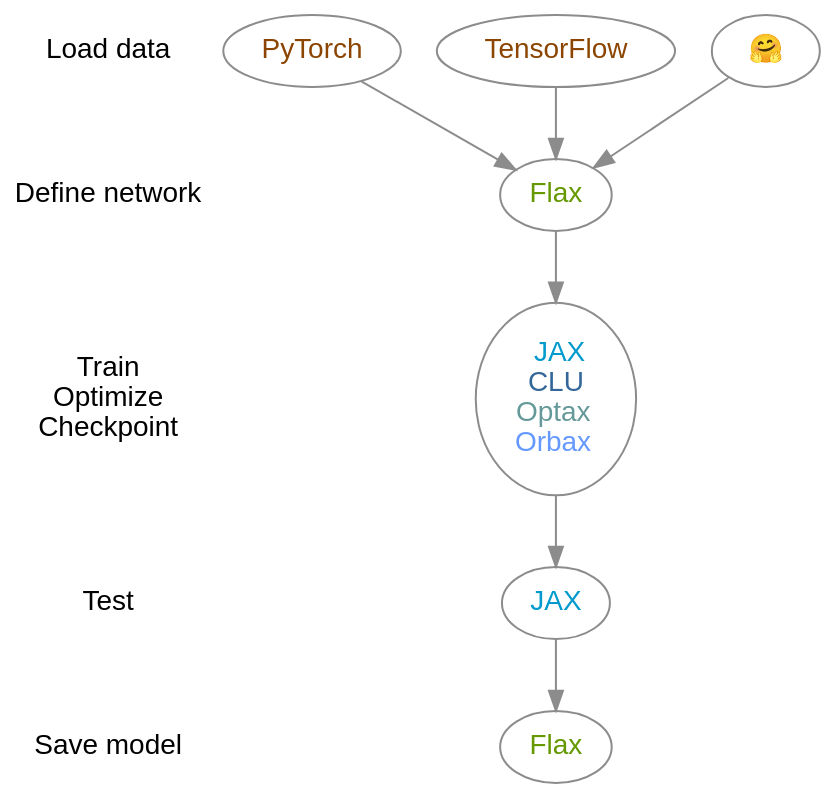
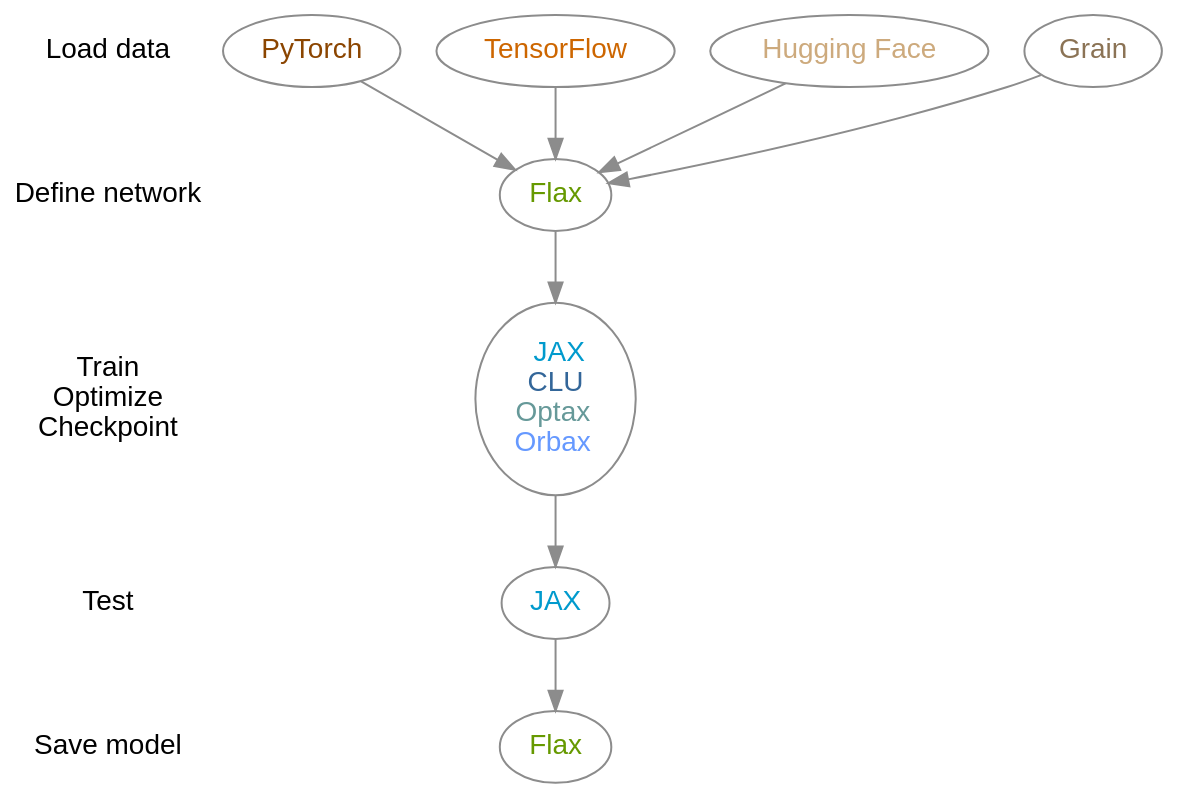
Before and after one commit to WestDRI/arc-training: the second of 2 diagrams in ai/jx/fl_jaxdl.qmd, drawn with Graphviz. The commit also changed other lines of this file and 1 other file, not shown here.

Commit message:
minor updates

````diff
--- a/ai/jx/fl_jaxdl.qmd
+++ b/ai/jx/fl_jaxdl.qmd
@@ -66,38 +66,39 @@
 ```{dot}
 //| echo: false
-//| fig-width: 600px
+//| fig-width: 700px
 
 digraph {
-  
+
 bgcolor="transparent"
 node [fontname="Inconsolata, sans-serif", color=gray55]
 edge [color=gray55]
 
 load [label="Load data", shape=plaintext, group=g1]
 nn [label="Define network", shape=plaintext, group=g1]
 train [label="Train\nOptimize\nCheckpoint", shape=plaintext, group=g1]
 test [label="Test", shape=plaintext, group=g1]
 save [label="Save model", shape=plaintext, group=g1]
 
 PyTorch [fontcolor=darkorange4]
-TensorFlow [group=g2, fontcolor=darkorange4]
-🤗 [fontcolor=burlywood3]
+TensorFlow [group=g2, fontcolor=darkorange3]
+"Hugging Face" [fontcolor=burlywood3]
+Grain [fontcolor=burlywood4]
 flax1 [label=Flax, group=g2, fontcolor="#669900"]
 flax2 [label=Flax, fontcolor="#669900"]
 
-{rank=same; load PyTorch TensorFlow 🤗}
-load -> PyTorch -> TensorFlow -> 🤗 [style=invis]
+{rank=same; load PyTorch TensorFlow "Hugging Face" Grain}
+load -> PyTorch -> TensorFlow -> "Hugging Face" -> Grain [style=invis]
 
 {rank=same; nn flax1}
 nn -> flax1 [style=invis]
 
 jax1 [label=<<FONT COLOR="deepskyblue3">JAX</FONT><BR/><FONT COLOR="#336699">CLU</FONT><BR/><FONT COLOR="#669999">Optax</FONT><BR/><FONT COLOR="#6699ff">Orbax</FONT>>]
 
 jax2 [label="JAX", fontcolor=deepskyblue3]
 
-{PyTorch TensorFlow 🤗} -> flax1 -> jax1 -> jax2 -> flax2
+{PyTorch TensorFlow "Hugging Face" Grain} -> flax1 -> jax1 -> jax2 -> flax2
 
 load -> nn -> train -> test -> save [style=invis]
 
 }
 ```
````
